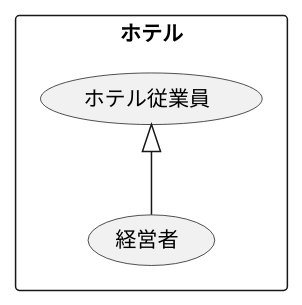
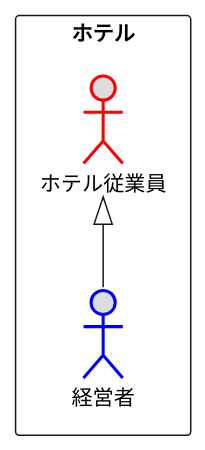
Before and after one commit to Sreia1129/uml-introduction: the diagram in 演習2-2_ホテル従業員.pu, drawn with PlantUML. The commit also changed 1 other file, not shown here.

```diff
--- a/演習2-2_ホテル従業員.pu
+++ b/演習2-2_ホテル従業員.pu
@@ -1,8 +1,8 @@
 @startuml ユースケース図
 ' left to right direction
 rectangle ホテル{
-usecase 経営者
-usecase ホテル従業員
+actor ホテル従業員 #DDDDDD;line:Red;line.bold;
+actor 経営者 #DDDDDD;line:Blue;line.bold;
 }
 ホテル従業員<|-- 経営者
 @enduml
```
